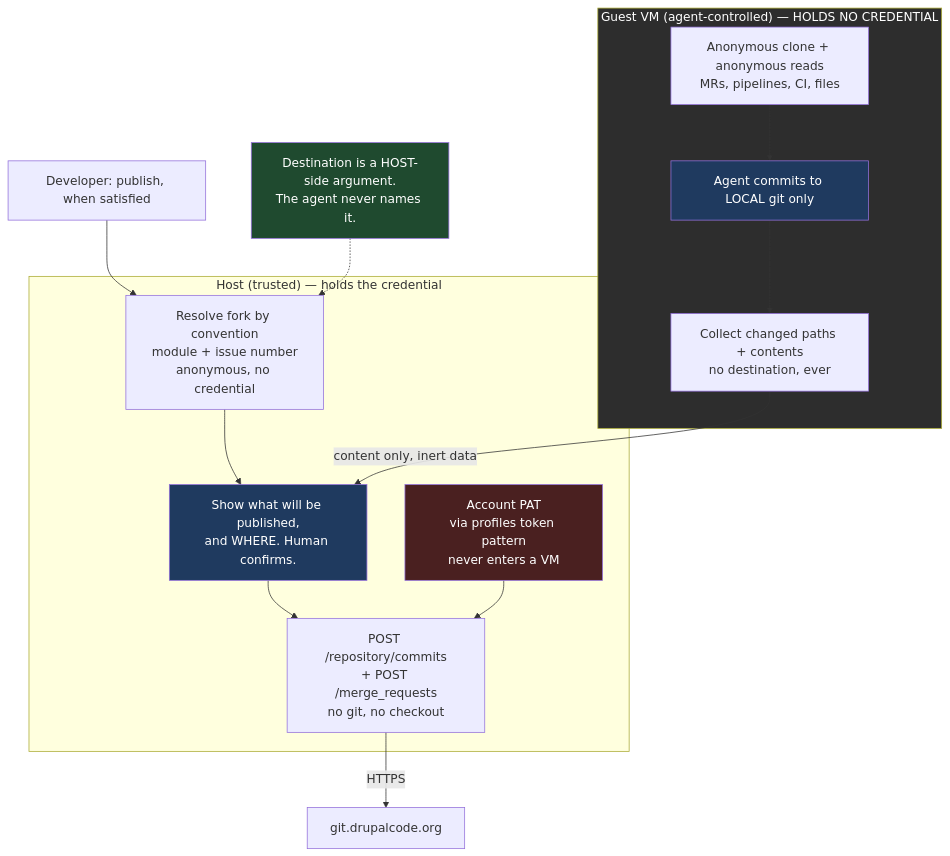
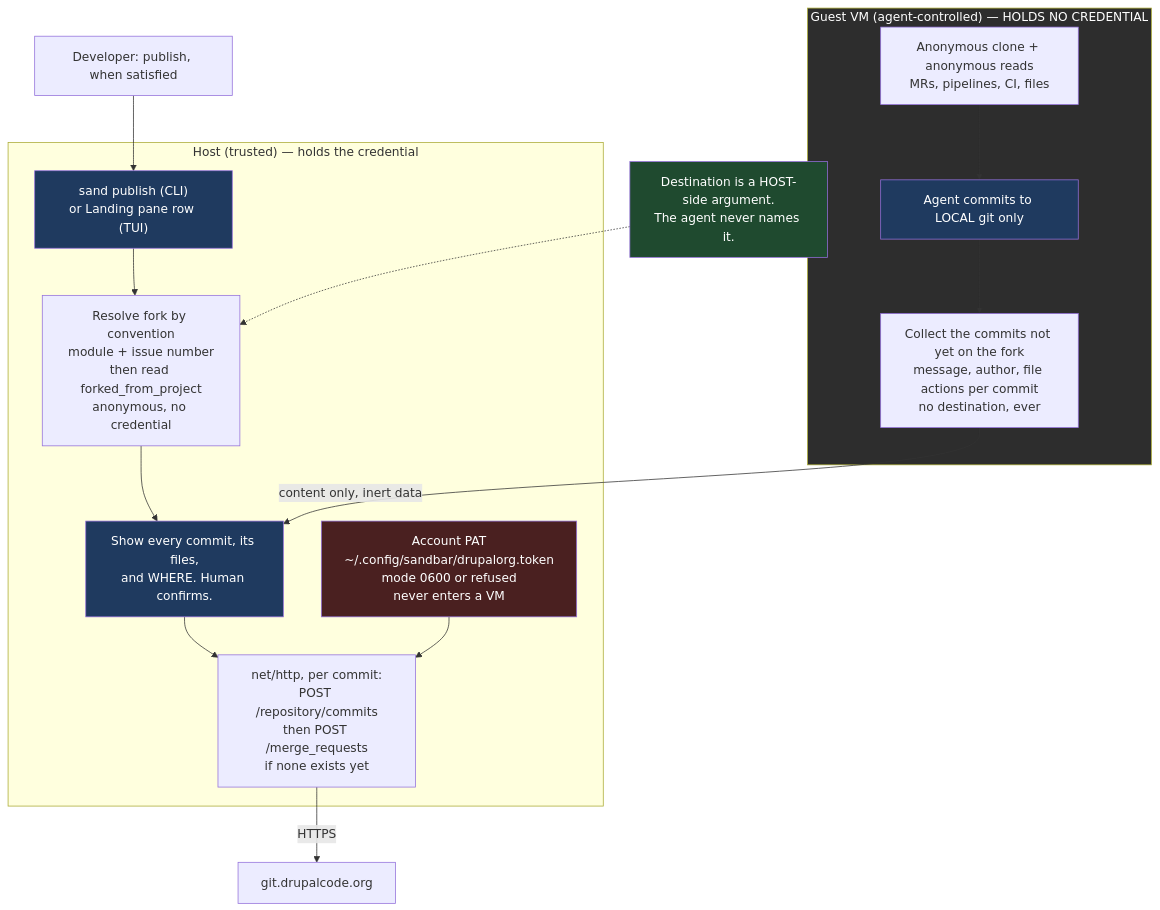
The diagram in .ai/strikethroo/plans/21--host-side-drupalorg-publication/plan-21--host-side-drupalorg-publication.md (Lullabot/sandbar), drawn with Mermaid before and after one commit. The commit also changed other lines of this file, not shown here.

First line of the commit message:
docs(strikethroo): plan 21 — settle the surfaces, the PAT's home, and commit shape

````diff
--- a/.ai/strikethroo/plans/21--host-side-drupalorg-publication/plan-21--host-side-drupalorg-publication.md
+++ b/.ai/strikethroo/plans/21--host-side-drupalorg-publication/plan-21--host-side-drupalorg-publication.md
@@ -391,33 +441,35 @@
 ```mermaid
 graph TD
     DEV["Developer: publish, when satisfied"]
 
     subgraph GUEST["Guest VM (agent-controlled) — HOLDS NO CREDENTIAL"]
         CLONE["Anonymous clone + anonymous reads<br/>MRs, pipelines, CI, files"]
         WORK["Agent commits to LOCAL git only"]
-        COLL["Collect changed paths + contents<br/>no destination, ever"]
+        COLL["Collect the commits not yet on the fork<br/>message, author, file actions per commit<br/>no destination, ever"]
         CLONE --> WORK --> COLL
     end
 
     subgraph HOST["Host (trusted) — holds the credential"]
-        RESOLVE["Resolve fork by convention<br/>module + issue number<br/>anonymous, no credential"]
-        SHOW["Show what will be published,<br/>and WHERE. Human confirms."]
-        PAT["Account PAT<br/>via profiles token pattern<br/>never enters a VM"]
-        API["POST /repository/commits<br/>+ POST /merge_requests<br/>no git, no checkout"]
-        RESOLVE --> SHOW --> API
+        SURF["sand publish (CLI)<br/>or Landing pane row (TUI)"]
+        RESOLVE["Resolve fork by convention<br/>module + issue number<br/>then read forked_from_project<br/>anonymous, no credential"]
+        SHOW["Show every commit, its files,<br/>and WHERE. Human confirms."]
+        PAT["Account PAT<br/>~/.config/sandbar/drupalorg.token<br/>mode 0600 or refused<br/>never enters a VM"]
+        API["net/http, per commit:<br/>POST /repository/commits<br/>then POST /merge_requests<br/>if none exists yet"]
+        SURF --> RESOLVE --> SHOW --> API
         PAT --> API
     end
 
-    DEV --> RESOLVE
+    DEV --> SURF
     COLL -->|"content only, inert data"| SHOW
     API -->|"HTTPS"| GL["git.drupalcode.org"]
 
     DEST["Destination is a HOST-side argument.<br/>The agent never names it."]
     DEST -.-> RESOLVE
 
     style GUEST fill:#2d2d2d,color:#fff
     style PAT fill:#4a2020,color:#fff
     style DEST fill:#1f4a2f,color:#fff
     style SHOW fill:#1f3a5f,color:#fff
+    style SURF fill:#1f3a5f,color:#fff
     style WORK fill:#1f3a5f,color:#fff
 ```
````
